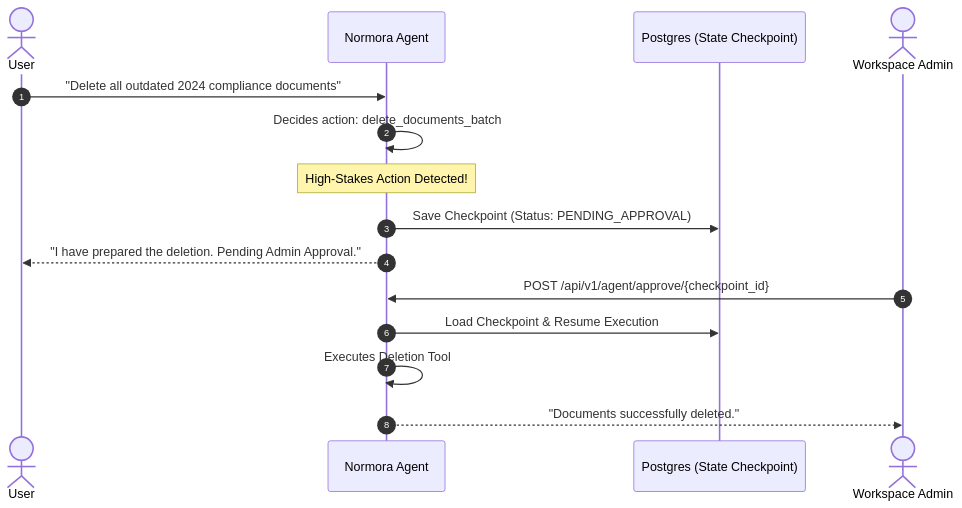
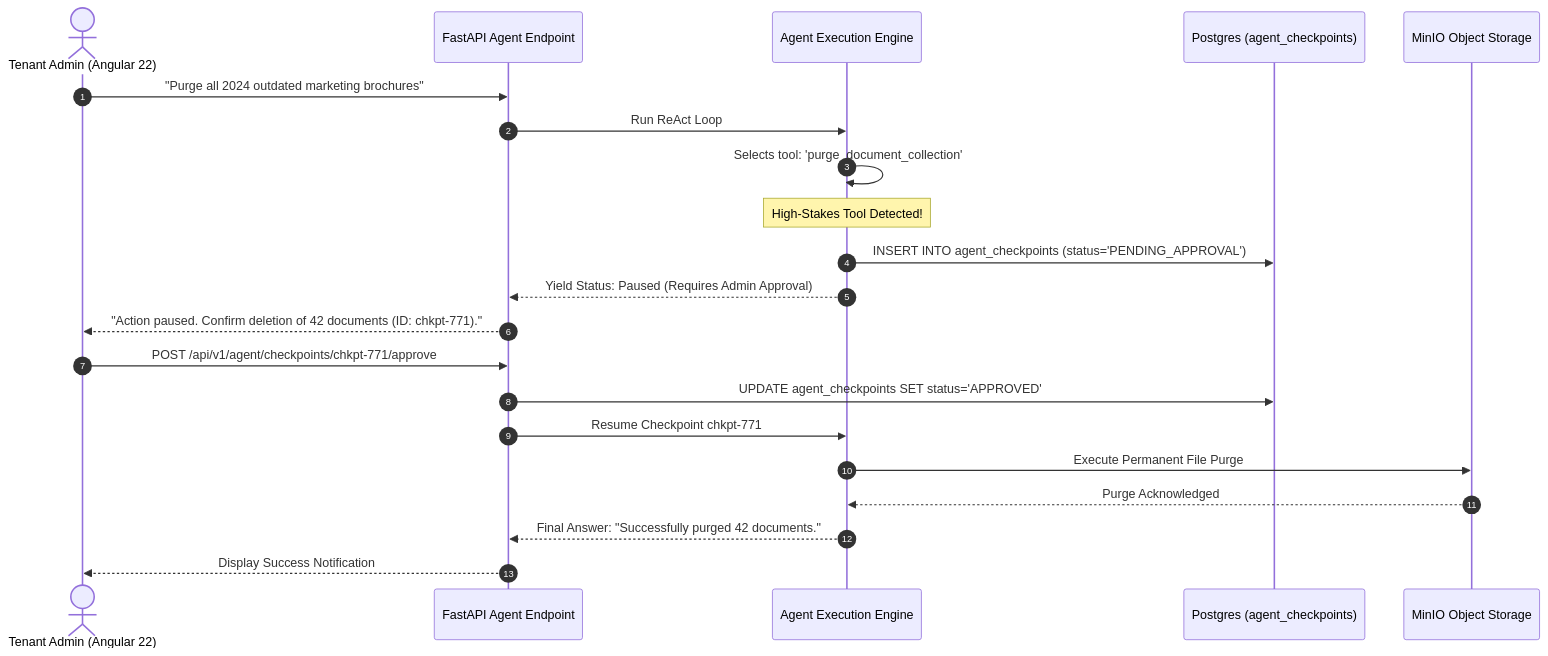
The fifth of 5 diagrams in Python_FastAPI_AI_Architect/18_Module_18_Agentic_Workflows_and_Tool_Calling.md (primecoderIN/learning-docs), drawn with Mermaid before and after one commit. The commit also changed other lines of this file and 21 other files, not shown here.

````diff
--- a/Python_FastAPI_AI_Architect/18_Module_18_Agentic_Workflows_and_Tool_Calling.md
+++ b/Python_FastAPI_AI_Architect/18_Module_18_Agentic_Workflows_and_Tool_Calling.md
@@ -248,19 +974,25 @@
 ```mermaid
 sequenceDiagram
     autonumber
-    actor User as User
-    participant Agent as Normora Agent
-    participant DB as Postgres (State Checkpoint)
-    actor Admin as Workspace Admin
+    actor Admin as Tenant Admin (Angular 22)
+    participant API as FastAPI Agent Endpoint
+    participant Agent as Agent Execution Engine
+    participant DB as Postgres (agent_checkpoints)
+    participant MinIO as MinIO Object Storage
 
-    User->>Agent: "Delete all outdated 2024 compliance documents"
-    Agent->>Agent: Decides action: delete_documents_batch
-    Note over Agent: High-Stakes Action Detected!
-    Agent->>DB: Save Checkpoint (Status: PENDING_APPROVAL)
-    Agent-->>User: "I have prepared the deletion. Pending Admin Approval."
-    
-    Admin->>Agent: POST /api/v1/agent/approve/{checkpoint_id}
-    Agent->>DB: Load Checkpoint & Resume Execution
-    Agent->>Agent: Executes Deletion Tool
-    Agent-->>Admin: "Documents successfully deleted."
+    Admin->>API: "Purge all 2024 outdated marketing brochures"
+    API->>Agent: Run ReAct Loop
+    Agent->>Agent: Selects tool: 'purge_document_collection'
+    Note over Agent: High-Stakes Tool Detected!
+    Agent->>DB: INSERT INTO agent_checkpoints (status='PENDING_APPROVAL')
+    Agent-->>API: Yield Status: Paused (Requires Admin Approval)
+    API-->>Admin: "Action paused. Confirm deletion of 42 documents (ID: chkpt-771)."
+
+    Admin->>API: POST /api/v1/agent/checkpoints/chkpt-771/approve
+    API->>DB: UPDATE agent_checkpoints SET status='APPROVED'
+    API->>Agent: Resume Checkpoint chkpt-771
+    Agent->>MinIO: Execute Permanent File Purge
+    MinIO-->>Agent: Purge Acknowledged
+    Agent-->>API: Final Answer: "Successfully purged 42 documents."
+    API-->>Admin: Display Success Notification
 ```
````
